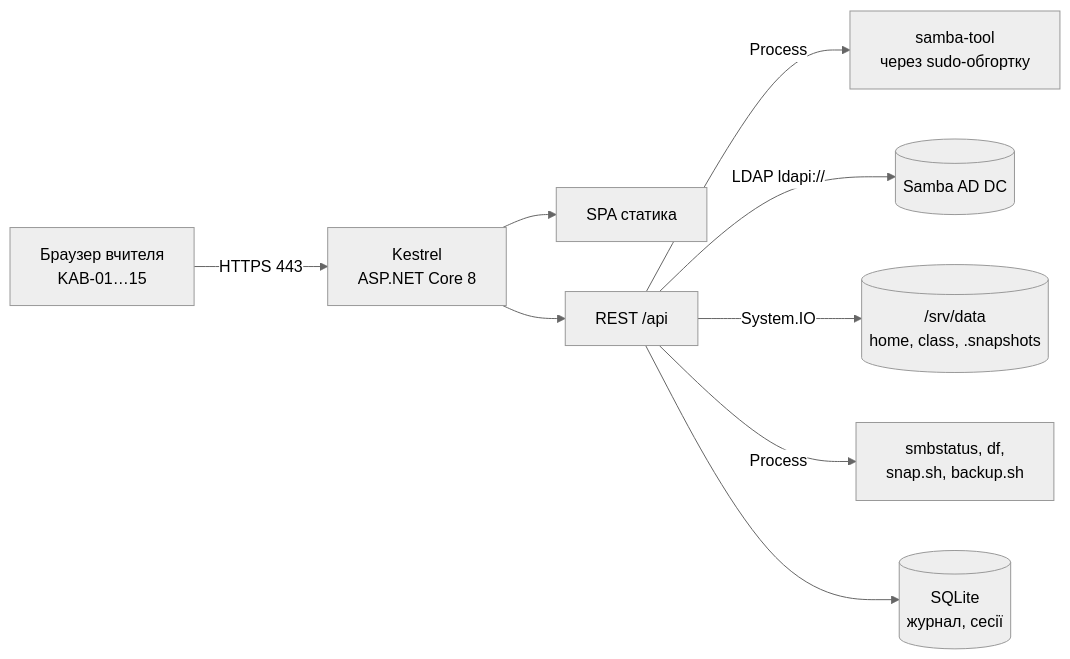
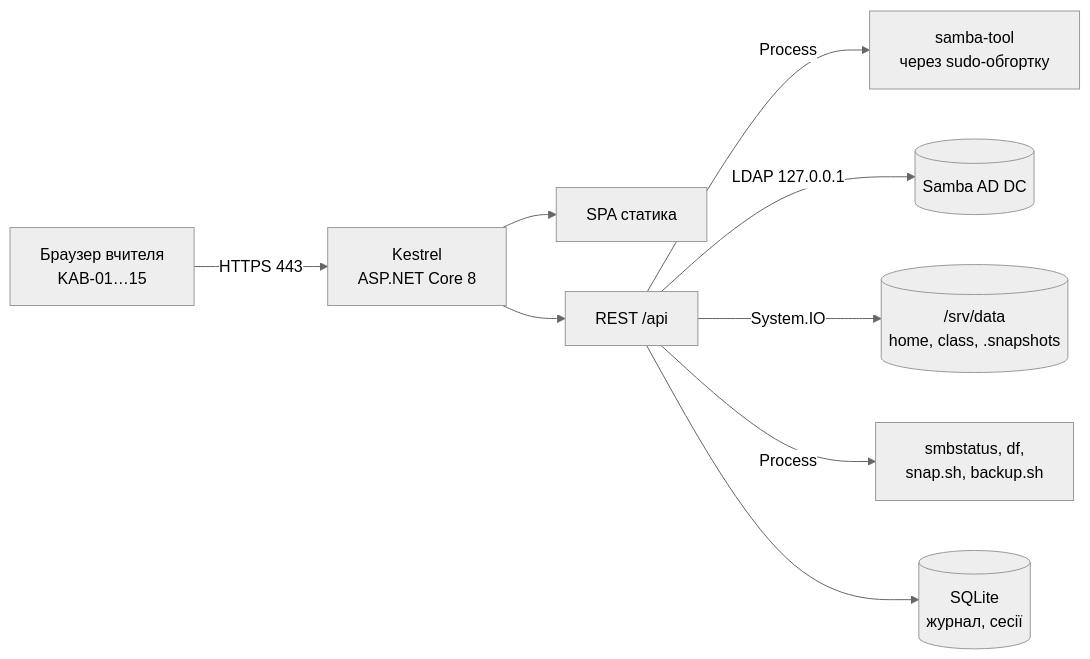
One commit to vmyronovych/school-class-manager changed the diagram in docs/plan.md. Above: the diagram before and after it, drawn with Mermaid (neutral theme). The commit also changed other lines of this file and 11 other files, not shown here.

````diff
--- a/docs/plan.md
+++ b/docs/plan.md
@@ -31,11 +31,11 @@
 ```mermaid
 flowchart LR
   BR[Браузер вчителя<br/>KAB-01…15] -- HTTPS 443 --> K[Kestrel<br/>ASP.NET Core 8]
   K --> SPA[SPA статика]
   K --> API[REST /api]
   API -- Process --> ST[samba-tool<br/>через sudo-обгортку]
-  API -- LDAP ldapi:// --> AD[(Samba AD DC)]
+  API -- LDAP 127.0.0.1 --> AD[(Samba AD DC)]
   API -- System.IO --> FS[(/srv/data<br/>home, class, .snapshots)]
   API -- Process --> SM[smbstatus, df,<br/>snap.sh, backup.sh]
   API --> DB[(SQLite<br/>журнал, сесії)]
 ```
````
